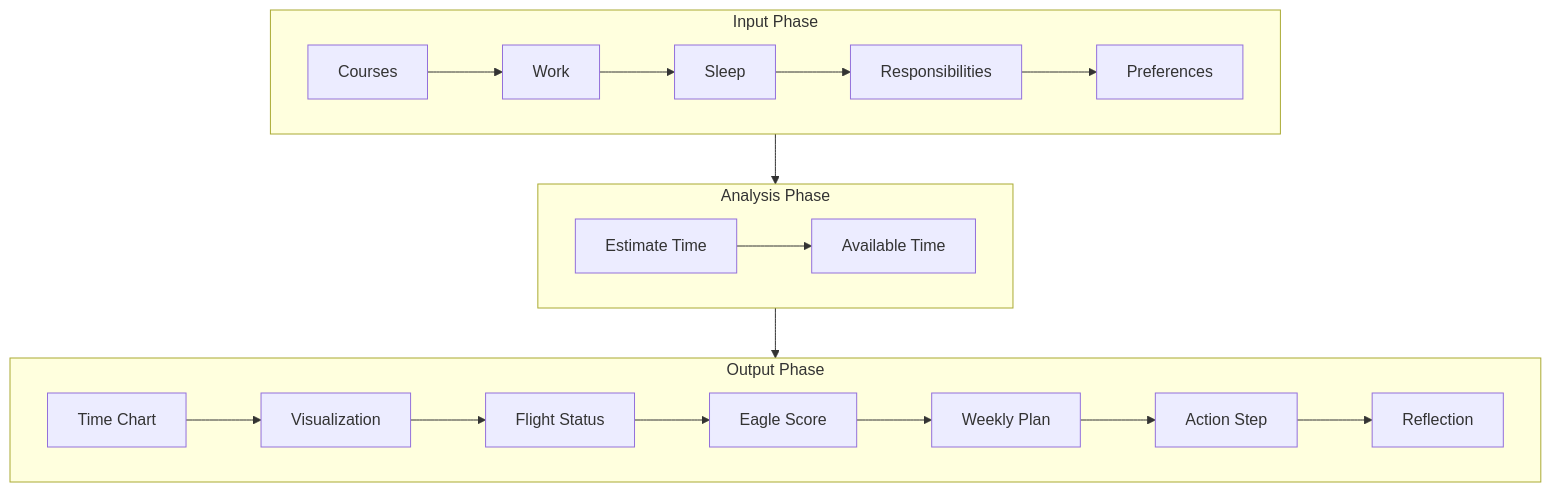
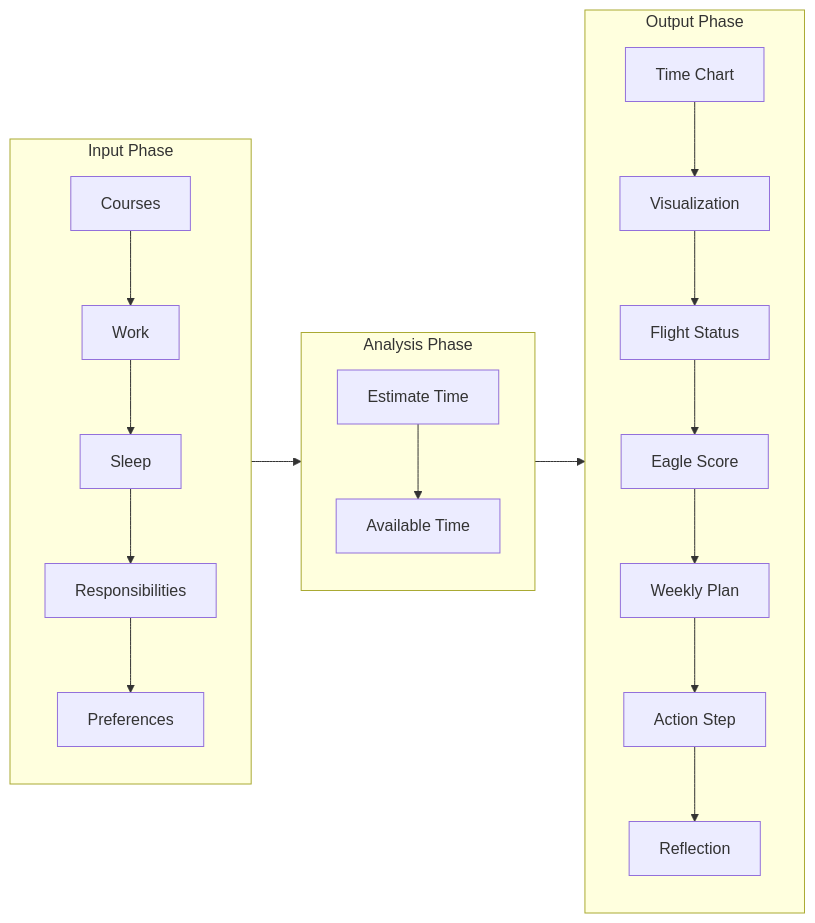
One commit to jalee9/Teaching-with-AI changed the diagram in agents/Eagle Flight Plan/README.md. Above: the diagram before and after it, drawn with Mermaid.

Commit message:
Change flowchart direction from LR to TD in README

````diff
--- a/agents/Eagle Flight Plan/README.md
+++ b/agents/Eagle Flight Plan/README.md
@@ -47,29 +47,35 @@
 ```mermaid
-flowchart TD
+flowchart LR
 
 subgraph Input Phase
-    direction LR
-    A[Courses] --> B[Work]
-    B --> C[Sleep]
-    C --> D[Responsibilities]
-    D --> E[Preferences]
+    direction TD
+    A[Courses]
+    B[Work]
+    C[Sleep]
+    D[Responsibilities]
+    E[Preferences]
+    A --> B --> C --> D --> E
 end
 
 subgraph Analysis Phase
-    direction LR
-    F[Estimate Time] --> G[Available Time]
+    direction TD
+    F[Estimate Time]
+    G[Available Time]
+    F --> G
 end
 
 subgraph Output Phase
-    direction LR
-    H[Time Chart] --> I[Visualization]
-    I --> J[Flight Status]
-    J --> K[Eagle Score]
-    K --> L[Weekly Plan]
-    L --> M[Action Step]
-    M --> N[Reflection]
+    direction TD
+    H[Time Chart]
+    I[Visualization]
+    J[Flight Status]
+    K[Eagle Score]
+    L[Weekly Plan]
+    M[Action Step]
+    N[Reflection]
+    H --> I --> J --> K --> L --> M --> N
 end
 
 E --> F
 G --> H
 ```
````
